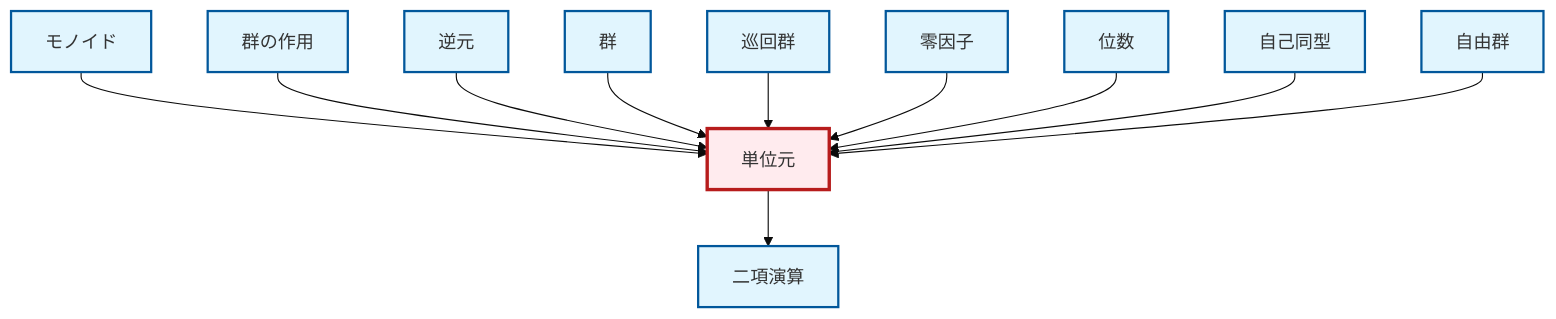
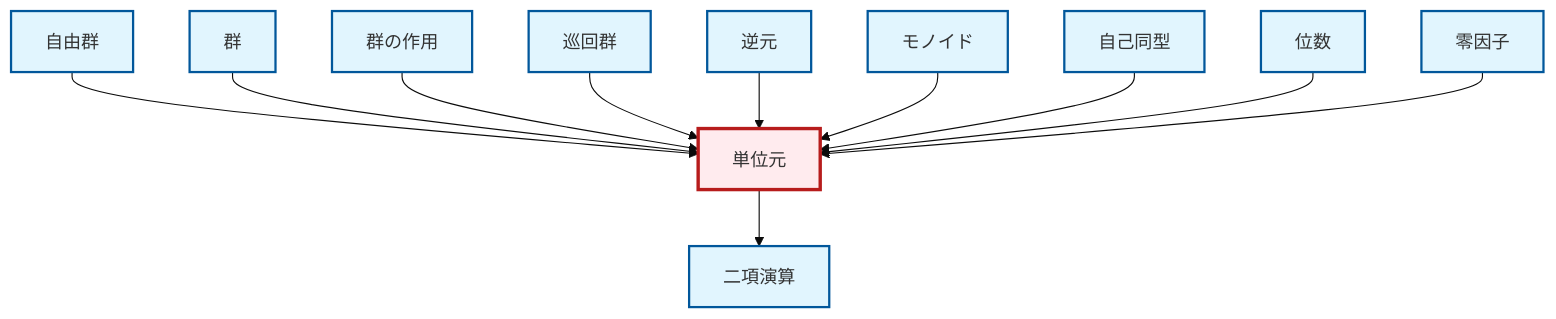
The diagram in output/mermaid/ja/def-identity-element.mermaid (RK0429/ModernMath), drawn with Mermaid (base theme) before and after one commit. The commit also changed other lines of this file and 3098 other files, not shown here.

```diff
--- a/output/mermaid/ja/def-identity-element.mermaid
+++ b/output/mermaid/ja/def-identity-element.mermaid
@@ -1,28 +1,28 @@
 graph TD
     classDef definition fill:#e1f5fe,stroke:#01579b,stroke-width:2px
     classDef theorem fill:#f3e5f5,stroke:#4a148c,stroke-width:2px
     classDef axiom fill:#fff3e0,stroke:#e65100,stroke-width:2px
     classDef example fill:#e8f5e9,stroke:#1b5e20,stroke-width:2px
     classDef current fill:#ffebee,stroke:#b71c1c,stroke-width:3px
-    def-order["位数"]:::definition
-    def-binary-operation["二項演算"]:::definition
-    def-inverse-element["逆元"]:::definition
-    def-monoid["モノイド"]:::definition
     def-identity-element["単位元"]:::definition
     def-zero-divisor["零因子"]:::definition
+    def-inverse-element["逆元"]:::definition
+    def-cyclic-group["巡回群"]:::definition
+    def-order["位数"]:::definition
+    def-free-group["自由群"]:::definition
     def-group-action["群の作用"]:::definition
-    def-free-group["自由群"]:::definition
+    def-group["群"]:::definition
+    def-binary-operation["二項演算"]:::definition
+    def-monoid["モノイド"]:::definition
     def-automorphism["自己同型"]:::definition
-    def-group["群"]:::definition
-    def-cyclic-group["巡回群"]:::definition
+    def-free-group --> def-identity-element
+    def-group --> def-identity-element
+    def-group-action --> def-identity-element
+    def-cyclic-group --> def-identity-element
+    def-inverse-element --> def-identity-element
+    def-identity-element --> def-binary-operation
     def-monoid --> def-identity-element
-    def-group-action --> def-identity-element
-    def-identity-element --> def-binary-operation
-    def-inverse-element --> def-identity-element
-    def-group --> def-identity-element
-    def-cyclic-group --> def-identity-element
+    def-automorphism --> def-identity-element
+    def-order --> def-identity-element
     def-zero-divisor --> def-identity-element
-    def-order --> def-identity-element
-    def-automorphism --> def-identity-element
-    def-free-group --> def-identity-element
     class def-identity-element current
```
